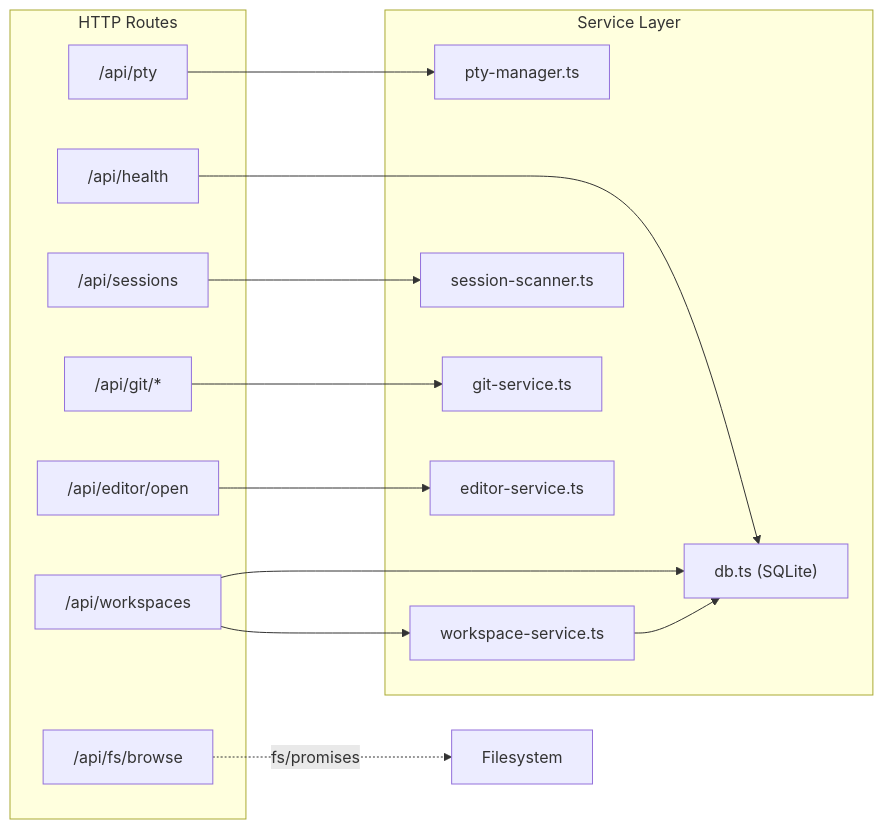
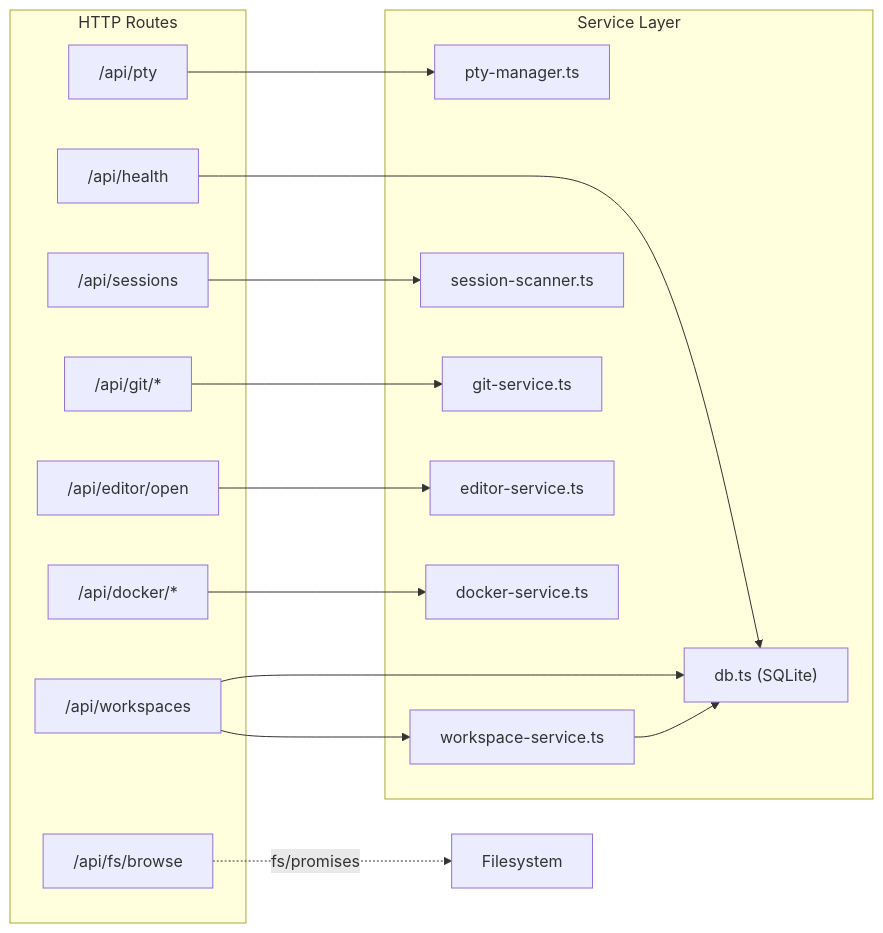
Before and after one commit to wilky-way/bord: the fourth of 6 diagrams in README.md, drawn with Mermaid. The commit also changed other lines of this file and 42 other files, not shown here.

````diff
--- a/README.md
+++ b/README.md
@@ -156,32 +245,35 @@
 ```mermaid
 graph LR
     subgraph Routes["HTTP Routes"]
         R1["/api/health"]
         R2["/api/pty"]
         R3["/api/workspaces"]
         R4["/api/sessions"]
         R5["/api/git/*"]
         R6["/api/fs/browse"]
         R7["/api/editor/open"]
+        R8["/api/docker/*"]
     end
 
     subgraph Services["Service Layer"]
         PtyMgr["pty-manager.ts"]
         WsSvc["workspace-service.ts"]
         SessScan["session-scanner.ts"]
         GitSvc["git-service.ts"]
         EdSvc["editor-service.ts"]
+        DockerSvc["docker-service.ts"]
         DB["db.ts (SQLite)"]
     end
 
     R1 --> DB
     R2 --> PtyMgr
     R3 --> WsSvc
     R3 --> DB
     R4 --> SessScan
     R5 --> GitSvc
     R6 -.->|"fs/promises"| FS["Filesystem"]
     R7 --> EdSvc
+    R8 --> DockerSvc
 
     WsSvc --> DB
 ```
````
